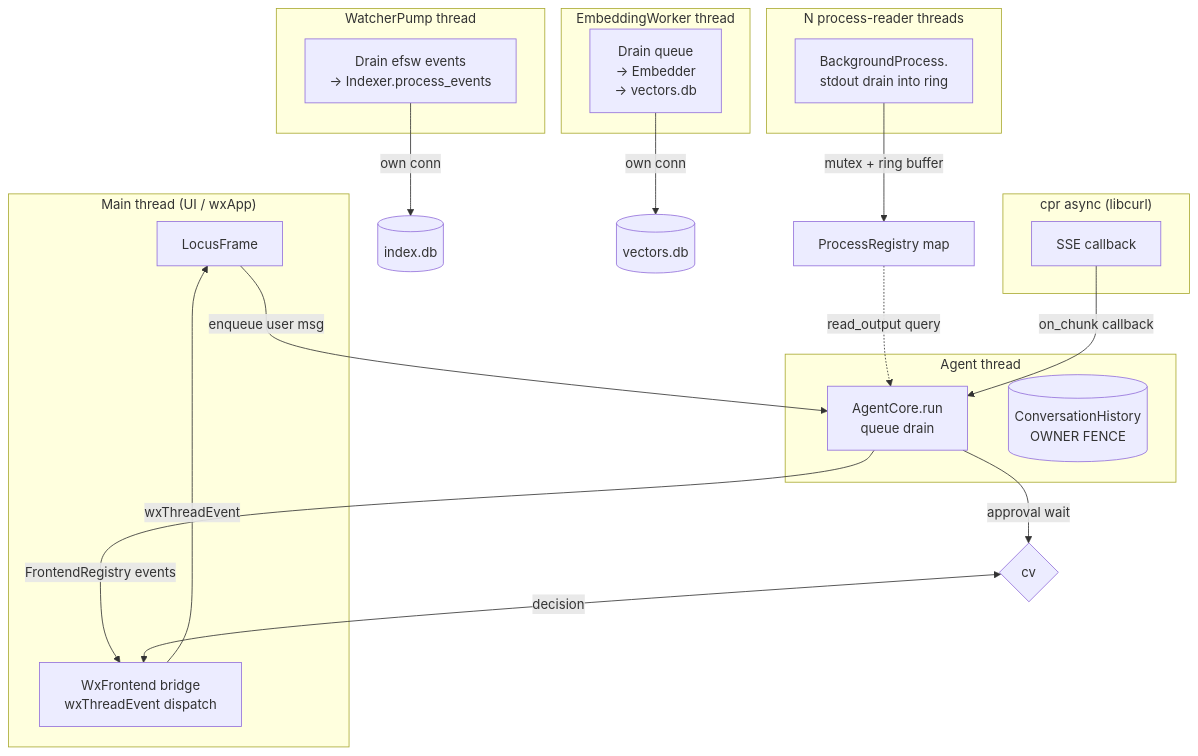
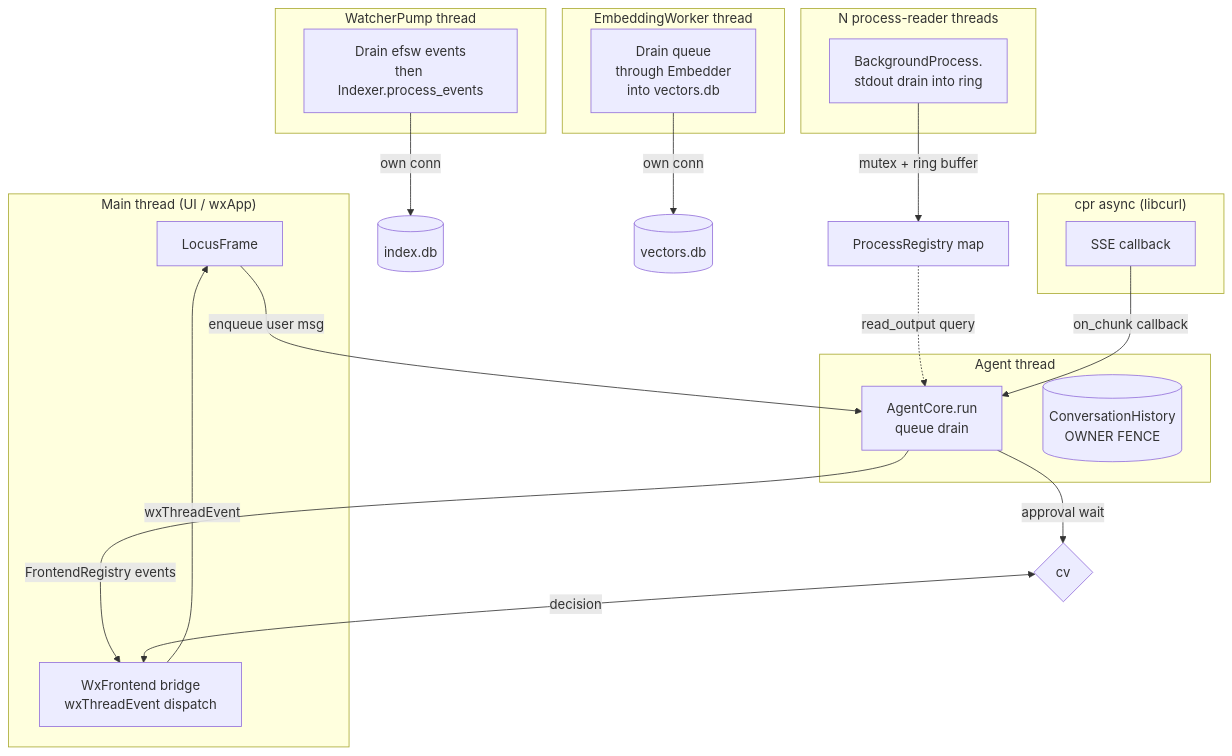
Before and after one commit to Serhiy-Todchuk/Locus: the sixth of 8 diagrams in architecture/diagrams.md, drawn with Mermaid. The commit also changed other lines of this file and 8 other files, not shown here.

Commit message:
Memory bank planning and diagram fixes.

````diff
--- a/architecture/diagrams.md
+++ b/architecture/diagrams.md
@@ -267,42 +267,42 @@
 ```mermaid
 flowchart TB
     subgraph TMain["Main thread (UI / wxApp)"]
         Frame[LocusFrame]
         Bridge[WxFrontend bridge<br/>wxThreadEvent dispatch]
     end
 
     subgraph TAgent["Agent thread"]
         Core[AgentCore.run<br/>queue drain]
         ConvO[(ConversationHistory<br/>OWNER FENCE)]
     end
 
     subgraph TPump["WatcherPump thread"]
-        WP[Drain efsw events<br/>-> Indexer.process_events]
+        WP["Drain efsw events<br/>then Indexer.process_events"]
     end
 
     subgraph TEmbed["EmbeddingWorker thread"]
-        EWk[Drain queue<br/>-> Embedder<br/>-> vectors.db]
+        EWk["Drain queue<br/>through Embedder<br/>into vectors.db"]
     end
 
     subgraph TProcs["N process-reader threads"]
         BP[BackgroundProcess.<br/>stdout drain into ring]
     end
 
     subgraph TLlm["cpr async (libcurl)"]
         SSE[SSE callback]
     end
 
     Frame -->|enqueue user msg| Core
     Core -->|FrontendRegistry events| Bridge
     Bridge -->|wxThreadEvent| Frame
 
     WP -->|own conn| MC[(index.db)]
     EWk -->|own conn| VC[(vectors.db)]
 
     BP -->|mutex + ring buffer| Reg[ProcessRegistry map]
     Reg -.->|read_output query| Core
 
     SSE -->|on_chunk callback| Core
     Core -->|approval wait| AGate{cv}
     AGate <-->|decision| Bridge
 ```
````
